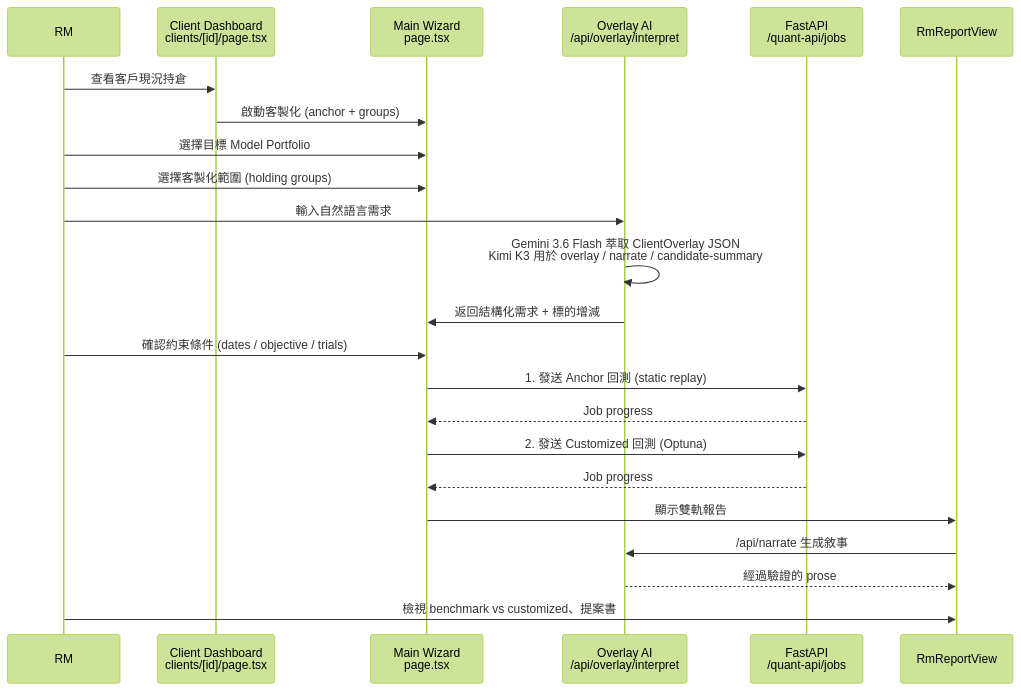
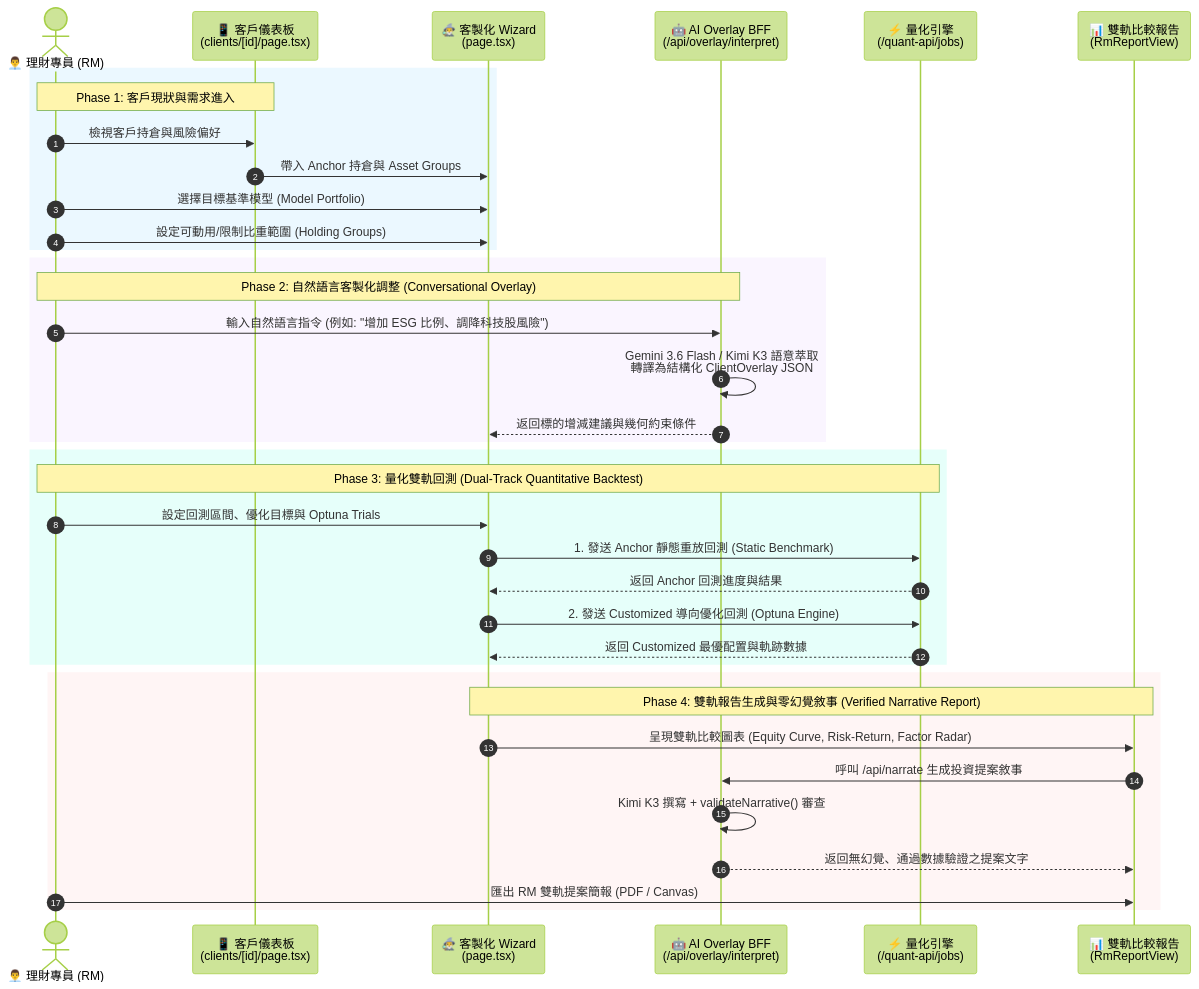
Before and after one commit to jagahow-bot/jasper-ai: the third of 4 diagrams in docs/jasper-ai-architecture.md, drawn with Mermaid (forest theme). The commit also changed other lines of this file and 4 other files, not shown here.

First line of the commit message:
Fix identical leaderboard rows, add JPG export for architecture diagram, update docs and env templates

````diff
--- a/docs/jasper-ai-architecture.md
+++ b/docs/jasper-ai-architecture.md
@@ -82,29 +148,43 @@
 ```mermaid
 sequenceDiagram
-    participant RM as RM
-    participant Client as Client Dashboard<br/>clients/[id]/page.tsx
-    participant Wizard as Main Wizard<br/>page.tsx
-    participant Overlay as Overlay AI<br/>/api/overlay/interpret
-    participant Quant as FastAPI<br/>/quant-api/jobs
-    participant Report as RmReportView
+    autonumber
+    actor RM as 👨‍💼 理財專員 (RM)
+    participant Client as 📱 客戶儀表板<br/>(clients/[id]/page.tsx)
+    participant Wizard as 🧙‍♂️ 客製化 Wizard<br/>(page.tsx)
+    participant Overlay as 🤖 AI Overlay BFF<br/>(/api/overlay/interpret)
+    participant Quant as ⚡ 量化引擎<br/>(/quant-api/jobs)
+    participant Report as 📊 雙軌比較報告<br/>(RmReportView)
 
-    RM->>Client: 查看客戶現況持倉
-    Client->>Wizard: 啟動客製化 (anchor + groups)
-    RM->>Wizard: 選擇目標 Model Portfolio
-    RM->>Wizard: 選擇客製化範圍 (holding groups)
+    rect rgb(235, 248, 255)
+        note over RM, Client: Phase 1: 客戶現狀與需求進入
+        RM->>Client: 檢視客戶持倉與風險偏好
+        Client->>Wizard: 帶入 Anchor 持倉與 Asset Groups
+        RM->>Wizard: 選擇目標基準模型 (Model Portfolio)
+        RM->>Wizard: 設定可動用/限制比重範圍 (Holding Groups)
+    end
 
-    RM->>Overlay: 輸入自然語言需求
-    Overlay->>Overlay: Gemini 3.6 Flash 萃取 ClientOverlay JSON<br/>Kimi K3 用於 overlay / narrate / candidate-summary
-    Overlay->>Wizard: 返回結構化需求 + 標的增減
+    rect rgb(250, 245, 255)
+        note over RM, Overlay: Phase 2: 自然語言客製化調整 (Conversational Overlay)
+        RM->>Overlay: 輸入自然語言指令 (例如: "增加 ESG 比例、調降科技股風險")
+        Overlay->>Overlay: Gemini 3.6 Flash / Kimi K3 語意萃取<br/>轉譯為結構化 ClientOverlay JSON
+        Overlay-->>Wizard: 返回標的增減建議與幾何約束條件
+    end
 
-    RM->>Wizard: 確認約束條件 (dates / objective / trials)
-    Wizard->>Quant: 1. 發送 Anchor 回測 (static replay)
-    Quant-->>Wizard: Job progress
-    Wizard->>Quant: 2. 發送 Customized 回測 (Optuna)
-    Quant-->>Wizard: Job progress
+    rect rgb(230, 255, 250)
+        note over RM, Quant: Phase 3: 量化雙軌回測 (Dual-Track Quantitative Backtest)
+        RM->>Wizard: 設定回測區間、優化目標與 Optuna Trials
+        Wizard->>Quant: 1. 發送 Anchor 靜態重放回測 (Static Benchmark)
+        Quant-->>Wizard: 返回 Anchor 回測進度與結果
+        Wizard->>Quant: 2. 發送 Customized 導向優化回測 (Optuna Engine)
+        Quant-->>Wizard: 返回 Customized 最優配置與軌跡數據
+    end
 
-    Wizard->>Report: 顯示雙軌報告
-    Report->>Overlay: /api/narrate 生成敘事
-    Overlay-->>Report: 經過驗證的 prose
-    RM->>Report: 檢視 benchmark vs customized、提案書
+    rect rgb(255, 245, 245)
+        note over Wizard, Report: Phase 4: 雙軌報告生成與零幻覺敘事 (Verified Narrative Report)
+        Wizard->>Report: 呈現雙軌比較圖表 (Equity Curve, Risk-Return, Factor Radar)
+        Report->>Overlay: 呼叫 /api/narrate 生成投資提案敘事
+        Overlay->>Overlay: Kimi K3 撰寫 + validateNarrative() 審查
+        Overlay-->>Report: 返回無幻覺、通過數據驗證之提案文字
+        RM->>Report: 匯出 RM 雙軌提案簡報 (PDF / Canvas)
+    end
 ```
````
